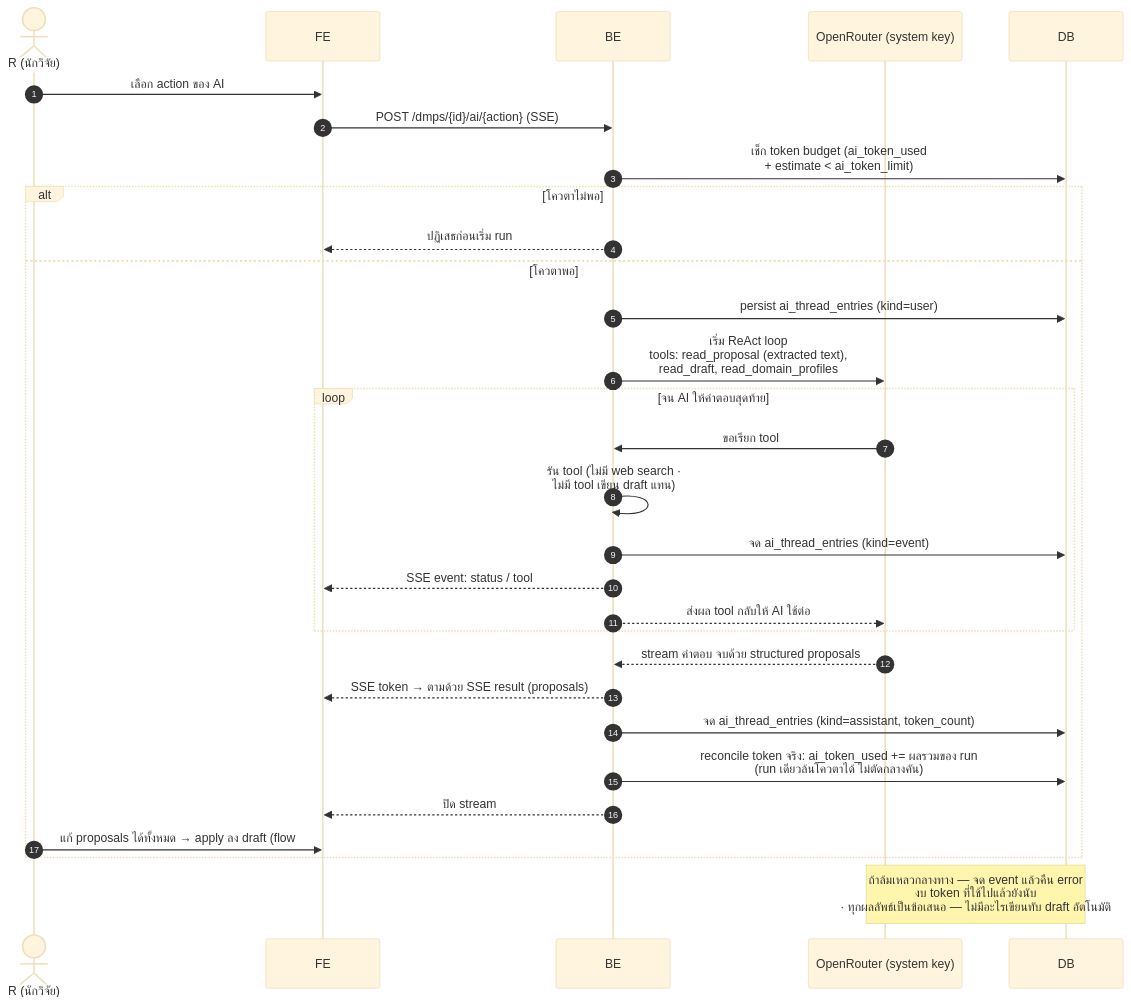
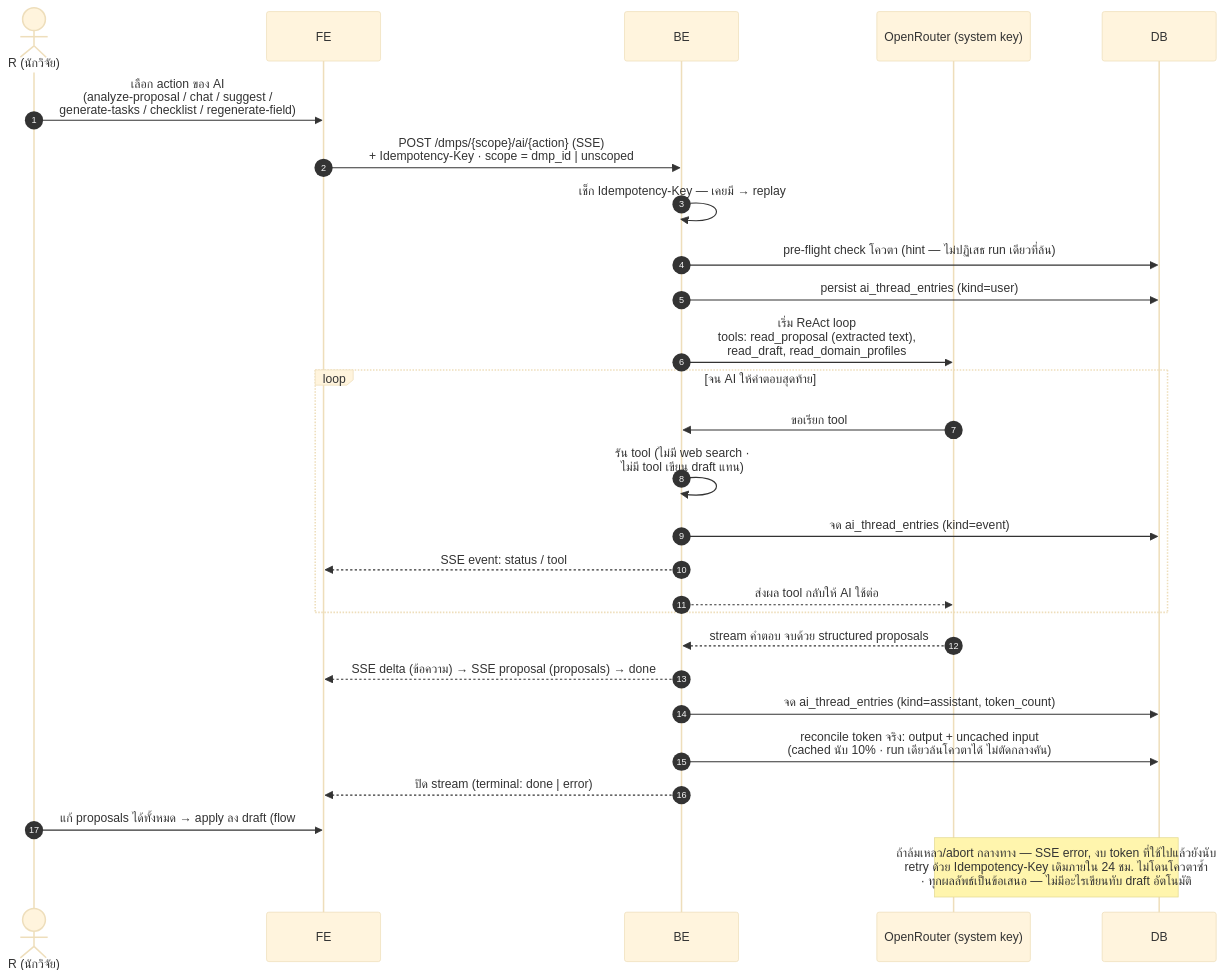
Before and after one commit to Open-Science-and-Data-management/Backend: the third of 4 diagrams in docs/architecture/arc42.md, drawn with Mermaid (base theme). The commit also changed other lines of this file and 26 other files, not shown here.

````diff
--- a/docs/architecture/arc42.md
+++ b/docs/architecture/arc42.md
@@ -465,33 +470,30 @@
 ```mermaid
 sequenceDiagram
     autonumber
     actor R as R (นักวิจัย)
     participant FE as FE
     participant BE as BE
     participant AI as OpenRouter (system key)
     participant DB as DB
 
-    R->>FE: เลือก action ของ AI
-    FE->>BE: POST /dmps/{id}/ai/{action} (SSE)
-    BE->>DB: เช็ก token budget (ai_token_used<br/>+ estimate < ai_token_limit)
-    alt โควตาไม่พอ
-        BE-->>FE: ปฏิเสธก่อนเริ่ม run
-    else โควตาพอ
-        BE->>DB: persist ai_thread_entries (kind=user)
-        BE->>AI: เริ่ม ReAct loop<br/>tools: read_proposal (extracted text),<br/>read_draft, read_domain_profiles
-        loop จน AI ให้คำตอบสุดท้าย
-            AI->>BE: ขอเรียก tool
-            BE->>BE: รัน tool (ไม่มี web search ·<br/>ไม่มี tool เขียน draft แทน)
-            BE->>DB: จด ai_thread_entries (kind=event)
-            BE-->>FE: SSE event: status / tool
-            BE-->>AI: ส่งผล tool กลับให้ AI ใช้ต่อ
-        end
-        AI-->>BE: stream คำตอบ จบด้วย structured proposals
-        BE-->>FE: SSE token → ตามด้วย SSE result (proposals)
-        BE->>DB: จด ai_thread_entries (kind=assistant, token_count)
-        BE->>DB: reconcile token จริง: ai_token_used += ผลรวมของ run<br/>(run เดียวล้นโควตาได้ ไม่ตัดกลางคัน)
-        BE-->>FE: ปิด stream
-        R->>FE: แก้ proposals ได้ทั้งหมด → apply ลง draft (flow #4)
+    R->>FE: เลือก action ของ AI<br/>(analyze-proposal / chat / suggest /<br/>generate-tasks / checklist / regenerate-field)
+    FE->>BE: POST /dmps/{scope}/ai/{action} (SSE)<br/>+ Idempotency-Key · scope = dmp_id | unscoped
+    BE->>BE: เช็ก Idempotency-Key — เคยมี → replay
+    BE->>DB: pre-flight check โควตา (hint — ไม่ปฏิเสธ run เดียวที่ล้น)
+    BE->>DB: persist ai_thread_entries (kind=user)
+    BE->>AI: เริ่ม ReAct loop<br/>tools: read_proposal (extracted text),<br/>read_draft, read_domain_profiles
+    loop จน AI ให้คำตอบสุดท้าย
+        AI->>BE: ขอเรียก tool
+        BE->>BE: รัน tool (ไม่มี web search ·<br/>ไม่มี tool เขียน draft แทน)
+        BE->>DB: จด ai_thread_entries (kind=event)
+        BE-->>FE: SSE event: status / tool
+        BE-->>AI: ส่งผล tool กลับให้ AI ใช้ต่อ
     end
-    Note over AI,DB: ถ้าล้มเหลวกลางทาง — จด event แล้วคืน error<br/>งบ token ที่ใช้ไปแล้วยังนับ<br/>· ทุกผลลัพธ์เป็นข้อเสนอ — ไม่มีอะไรเขียนทับ draft อัตโนมัติ
+    AI-->>BE: stream คำตอบ จบด้วย structured proposals
+    BE-->>FE: SSE delta (ข้อความ) → SSE proposal (proposals) → done
+    BE->>DB: จด ai_thread_entries (kind=assistant, token_count)
+    BE->>DB: reconcile token จริง: output + uncached input<br/>(cached นับ 10% · run เดียวล้นโควตาได้ ไม่ตัดกลางคัน)
+    BE-->>FE: ปิด stream (terminal: done | error)
+    R->>FE: แก้ proposals ได้ทั้งหมด → apply ลง draft (flow #4)
+    Note over AI,DB: ถ้าล้มเหลว/abort กลางทาง — SSE error, งบ token ที่ใช้ไปแล้วยังนับ<br/>retry ด้วย Idempotency-Key เดิมภายใน 24 ชม. ไม่โดนโควตาซ้ำ<br/>· ทุกผลลัพธ์เป็นข้อเสนอ — ไม่มีอะไรเขียนทับ draft อัตโนมัติ
 ```
````
